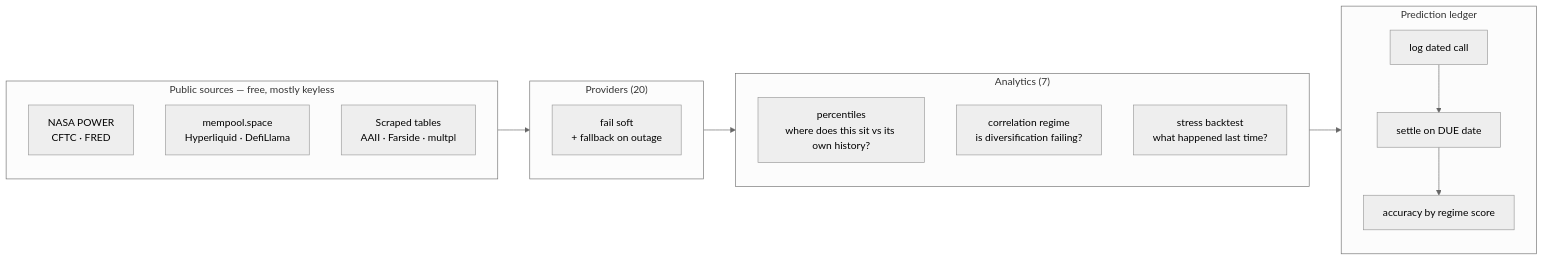
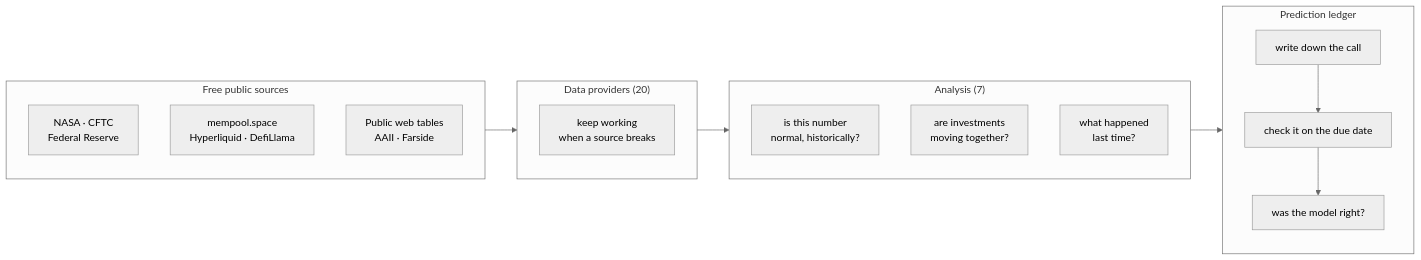
Before and after one commit to Deadmonkk/mango: the diagram in README.md, drawn with Mermaid (neutral theme). The commit also changed other lines of this file and 26 other files, not shown here.

````diff
--- a/README.md
+++ b/README.md
@@ -117,27 +122,27 @@
 ```mermaid
 flowchart LR
-    subgraph SRC["Public sources — free, mostly keyless"]
-        A1["NASA POWER<br/>CFTC · FRED"]
+    subgraph SRC["Free public sources"]
+        A1["NASA · CFTC<br/>Federal Reserve"]
         A2["mempool.space<br/>Hyperliquid · DefiLlama"]
-        A3["Scraped tables<br/>AAII · Farside · multpl"]
+        A3["Public web tables<br/>AAII · Farside"]
     end
 
-    subgraph PROV["Providers (20)"]
-        P["fail soft<br/>+ fallback on outage"]
+    subgraph PROV["Data providers (20)"]
+        P["keep working<br/>when a source breaks"]
     end
 
-    subgraph ANA["Analytics (7)"]
-        N1["percentiles<br/>where does this sit vs its own history?"]
-        N2["correlation regime<br/>is diversification failing?"]
-        N3["stress backtest<br/>what happened last time?"]
+    subgraph ANA["Analysis (7)"]
+        N1["is this number<br/>normal, historically?"]
+        N2["are investments<br/>moving together?"]
+        N3["what happened<br/>last time?"]
     end
 
     subgraph LED["Prediction ledger"]
-        L1["log dated call"]
-        L2["settle on DUE date"]
-        L3["accuracy by regime score"]
+        L1["write down the call"]
+        L2["check it on the due date"]
+        L3["was the model right?"]
     end
 
     SRC --> PROV --> ANA --> LED
     L1 --> L2 --> L3
 ```
````
